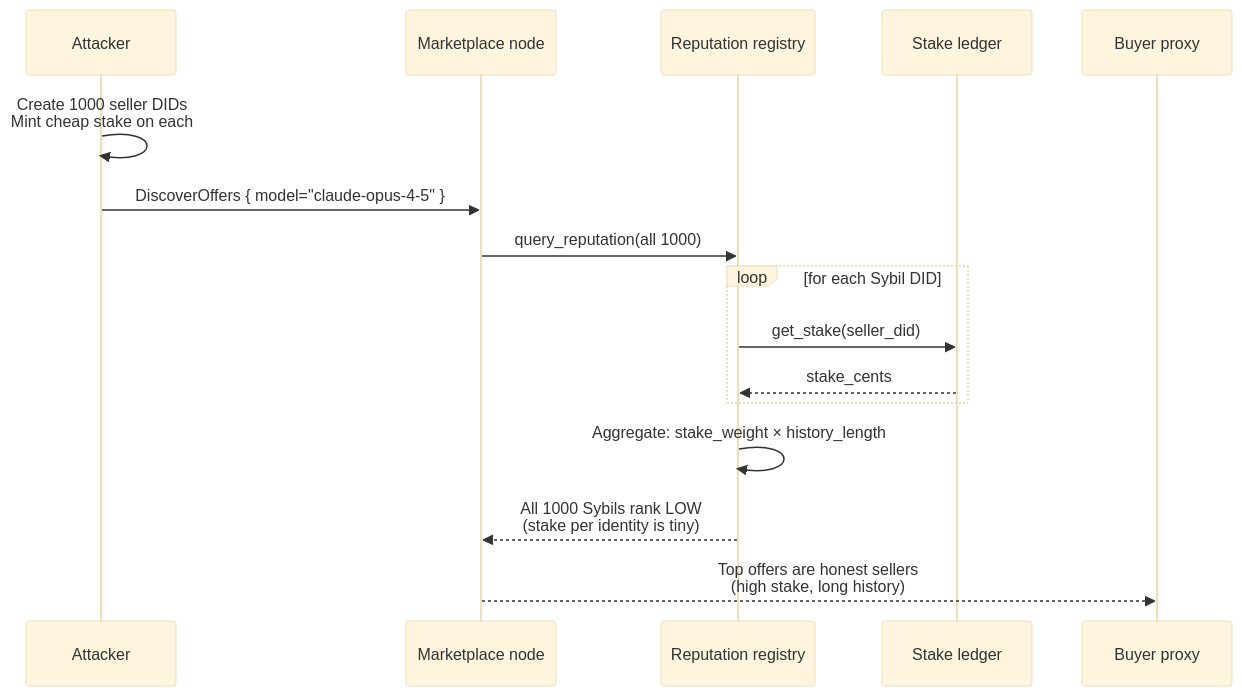
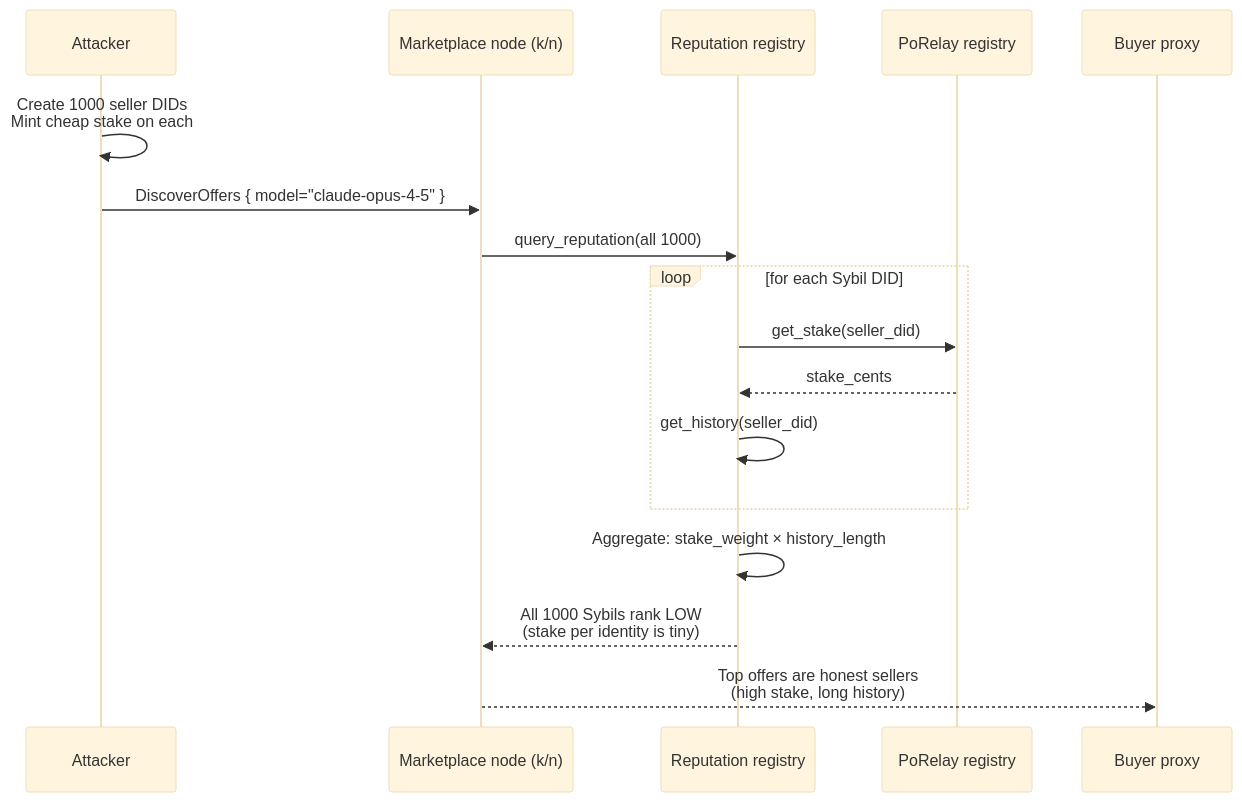
One commit to CipherOcto/cipherocto changed diagram 14 of 14 in docs/architecture/end-to-end-scenarios.md. Above: the diagram before and after it, drawn with Mermaid (base theme). The commit also changed other lines of this file, not shown here.

````diff
--- a/docs/architecture/end-to-end-scenarios.md
+++ b/docs/architecture/end-to-end-scenarios.md
@@ -608,19 +615,20 @@
 ```mermaid
 sequenceDiagram
     participant A as Attacker
-    participant MK as Marketplace node
+    participant MK as Marketplace node (k/n)
     participant RR as Reputation registry
-    participant ST as Stake ledger
+    participant ST as PoRelay registry
     participant P0 as Buyer proxy
 
     A->>A: Create 1000 seller DIDs<br/>Mint cheap stake on each
     A->>MK: DiscoverOffers { model="claude-opus-4-5" }
     MK->>RR: query_reputation(all 1000)
     loop for each Sybil DID
         RR->>ST: get_stake(seller_did)
         ST-->>RR: stake_cents
+        RR->>RR: get_history(seller_did)
     end
     RR->>RR: Aggregate: stake_weight × history_length
     RR-->>MK: All 1000 Sybils rank LOW<br/>(stake per identity is tiny)
     MK-->>P0: Top offers are honest sellers<br/>(high stake, long history)
 ```
````
